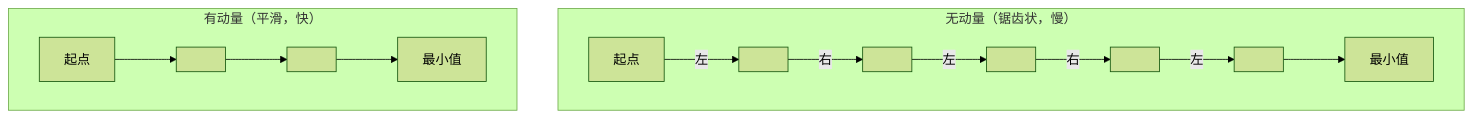
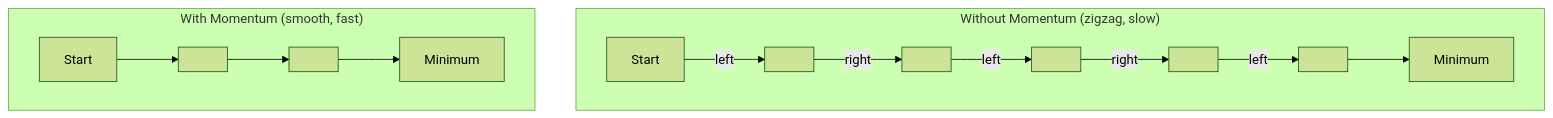
Before and after one commit to xiaojiaenen/ai-engineering-from-scratch-zh: the third of 5 diagrams in i18n/zh/phases/01-math-foundations/08-optimization/docs/zh.md, drawn with Mermaid (forest theme). The commit also changed other lines of this file and 22 other files, not shown here.

````diff
--- a/i18n/zh/phases/01-math-foundations/08-optimization/docs/zh.md
+++ b/i18n/zh/phases/01-math-foundations/08-optimization/docs/zh.md
@@ -104,14 +104,14 @@
 ```mermaid
 graph TD
-    subgraph 无动量["无动量（锯齿状，慢）"]
-        W1["起点"] -->|左| W2[" "]
-        W2 -->|右| W3[" "]
-        W3 -->|左| W4[" "]
-        W4 -->|右| W5[" "]
-        W5 -->|左| W6[" "]
-        W6 --> W7["最小值"]
+    subgraph Without["Without Momentum (zigzag, slow)"]
+        W1["Start"] -->|left| W2[" "]
+        W2 -->|right| W3[" "]
+        W3 -->|left| W4[" "]
+        W4 -->|right| W5[" "]
+        W5 -->|left| W6[" "]
+        W6 --> W7["Minimum"]
     end
-    subgraph 有动量["有动量（平滑，快）"]
-        M1["起点"] --> M2[" "] --> M3[" "] --> M4["最小值"]
+    subgraph With["With Momentum (smooth, fast)"]
+        M1["Start"] --> M2[" "] --> M3[" "] --> M4["Minimum"]
     end
 ```
````
